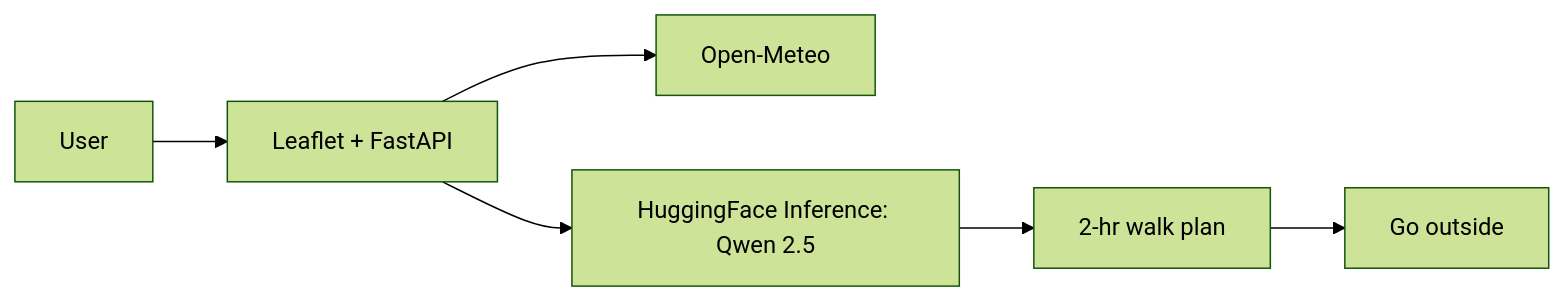
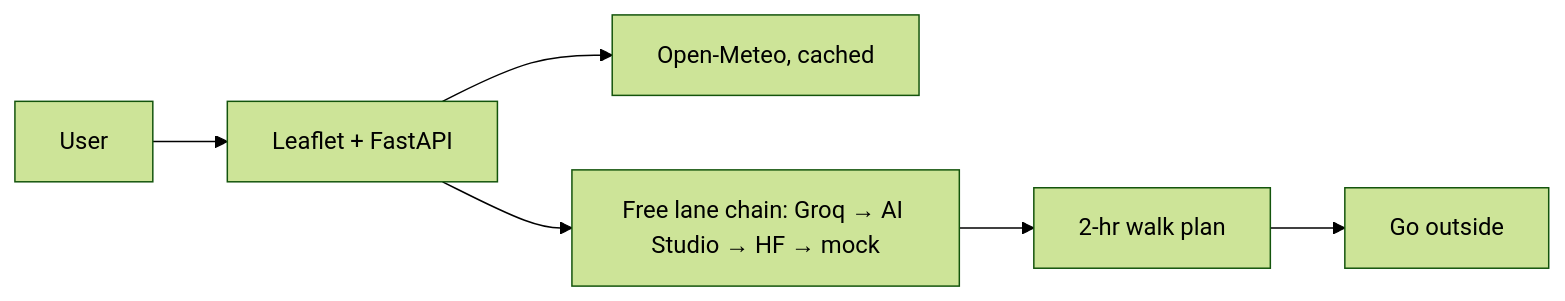
One commit to ramantiw45/Hacktoberfest changed the diagram in week-01-touch-grass/draft.md. Above: the diagram before and after it, drawn with Mermaid (forest theme). The commit also changed other lines of this file, not shown here.

Commit message:
docs: draft reflects gpt-oss lane and real urls

````diff
--- a/week-01-touch-grass/draft.md
+++ b/week-01-touch-grass/draft.md
@@ -21,8 +22,8 @@
 ```mermaid
 flowchart LR
   User-->Web[Leaflet + FastAPI]
-  Web-->Weather[Open-Meteo]
-  Web-->HF[HuggingFace Inference: Qwen 2.5]
-  HF-->Plan[2-hr walk plan]
+  Web-->Weather[Open-Meteo, cached]
+  Web-->Lane[Free lane chain: Groq → AI Studio → HF → mock]
+  Lane-->Plan[2-hr walk plan]
   Plan-->Outside[Go outside]
 ```
````
